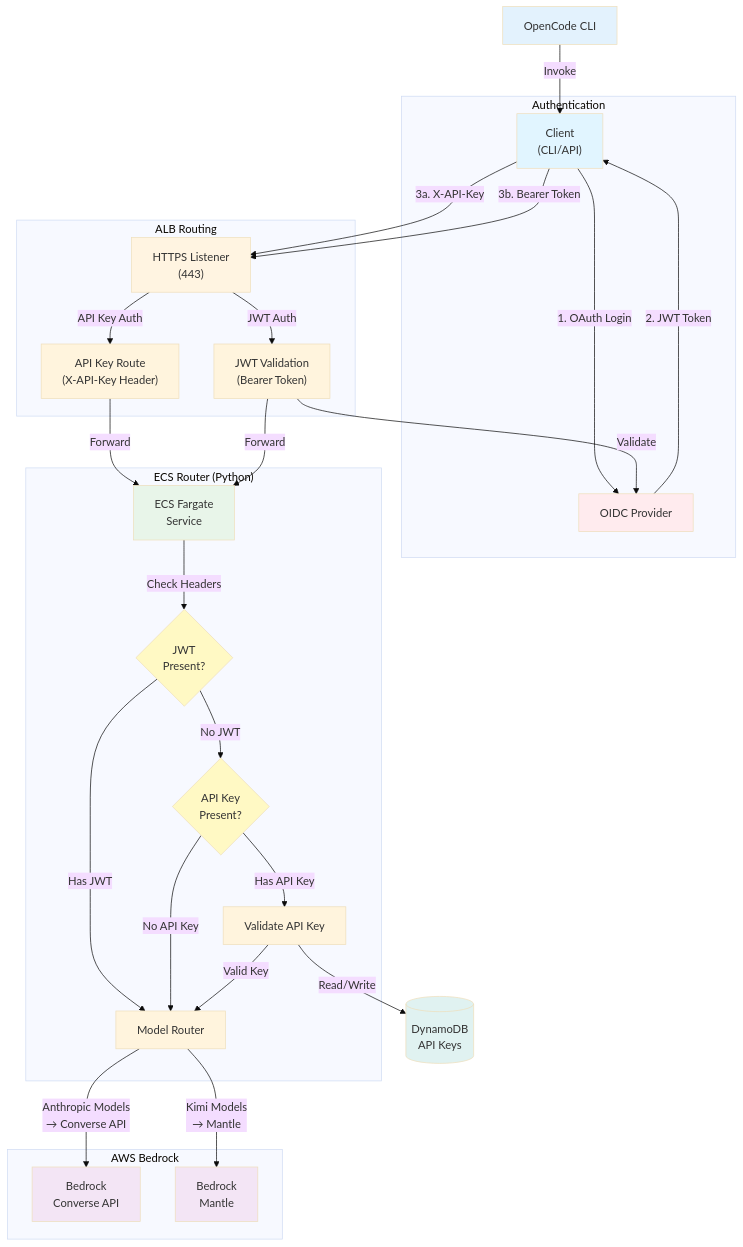
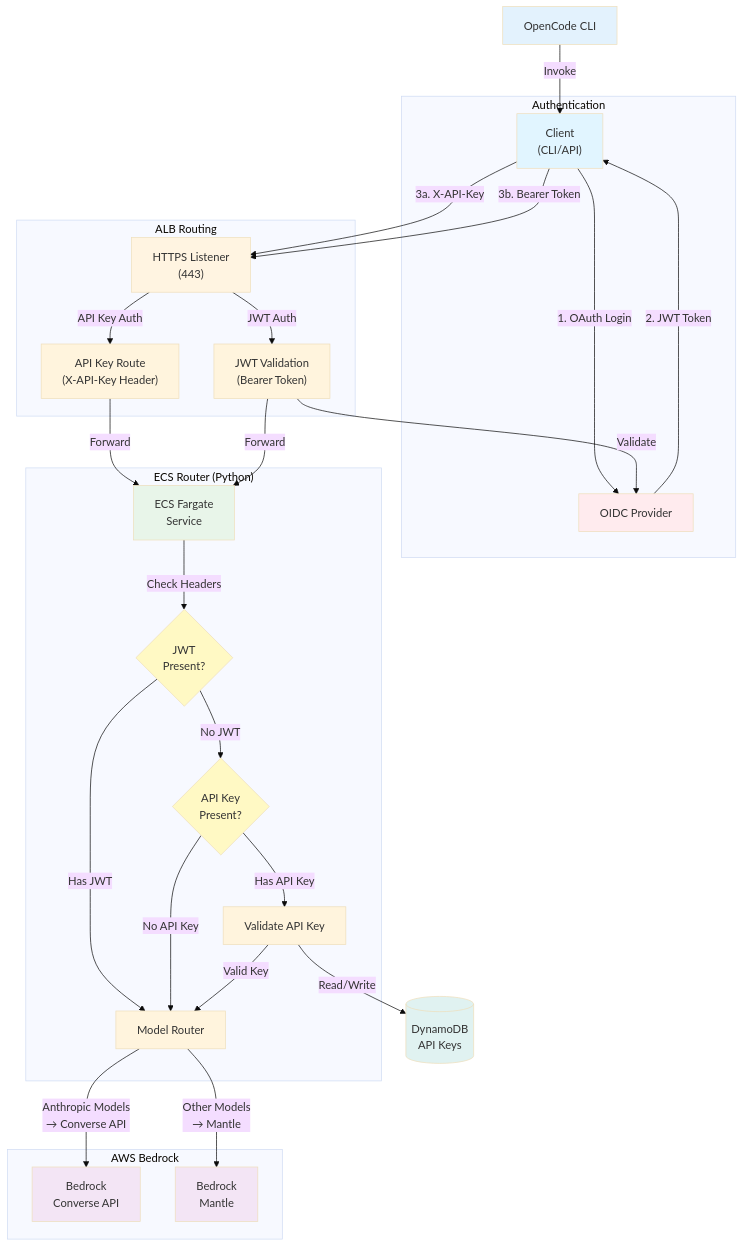
One commit to aws-samples/sample-opencode-with-bedrock changed the diagram in README.md. Above: the diagram before and after it, drawn with Mermaid (base theme). The commit also changed other lines of this file and 2 other files, not shown here.

````diff
--- a/README.md
+++ b/README.md
@@ -7,58 +7,58 @@
 ```mermaid
 flowchart TB
     OpenCode["OpenCode CLI"] -->|"Invoke"| Client["Client<br>(CLI/API)"]
 
     subgraph Auth["Authentication"]
         Client
         OIDC["OIDC Provider"]
     end
 
     Client -->|"1. OAuth Login"| OIDC
     OIDC -->|"2. JWT Token"| Client
 
     subgraph ALB["ALB Routing"]
         Listener["HTTPS Listener<br>(443)"]
         APIKey["API Key Route<br>(X-API-Key Header)"]
         JWT["JWT Validation<br>(Bearer Token)"]
     end
 
     Client -->|"3a. X-API-Key"| Listener
     Client -->|"3b. Bearer Token"| Listener
     Listener -->|"API Key Auth"| APIKey
     Listener -->|"JWT Auth"| JWT
     JWT -->|"Validate"| OIDC
 
     subgraph Router["ECS Router (Python)"]
         ECS["ECS Fargate<br>Service"]
         CheckJWT{"JWT<br>Present?"}
         CheckAPIKey{"API Key<br>Present?"}
         AuthCheck["Validate API Key"]
         Route["Model Router"]
     end
 
     APIKey -->|"Forward"| ECS
     JWT -->|"Forward"| ECS
     ECS -->|"Check Headers"| CheckJWT
     CheckJWT -->|"No JWT"| CheckAPIKey
     CheckJWT -->|"Has JWT"| Route
     CheckAPIKey -->|"Has API Key"| AuthCheck
     CheckAPIKey -->|"No API Key"| Route
     AuthCheck -->|"Read/Write"| DynamoDB[("DynamoDB<br>API Keys")]
     AuthCheck -->|"Valid Key"| Route
 
     subgraph Bedrock["AWS Bedrock"]
         Route -->|"Anthropic Models<br>→ Converse API"| Converse["Bedrock<br>Converse API"]
-        Route -->|"Kimi Models<br>→ Mantle"| Mantle["Bedrock<br>Mantle"]
+        Route -->|"Other Models<br>→ Mantle"| Mantle["Bedrock<br>Mantle"]
     end
 
     style OpenCode fill:#e3f2fd
     style Client fill:#e1f5ff
     style OIDC fill:#ffebee
     style Listener fill:#fff4e1
     style ECS fill:#e8f5e9
     style CheckJWT fill:#fff9c4
     style CheckAPIKey fill:#fff9c4
     style DynamoDB fill:#e0f2f1
     style Converse fill:#f3e5f5
     style Mantle fill:#f3e5f5
 ```
````
